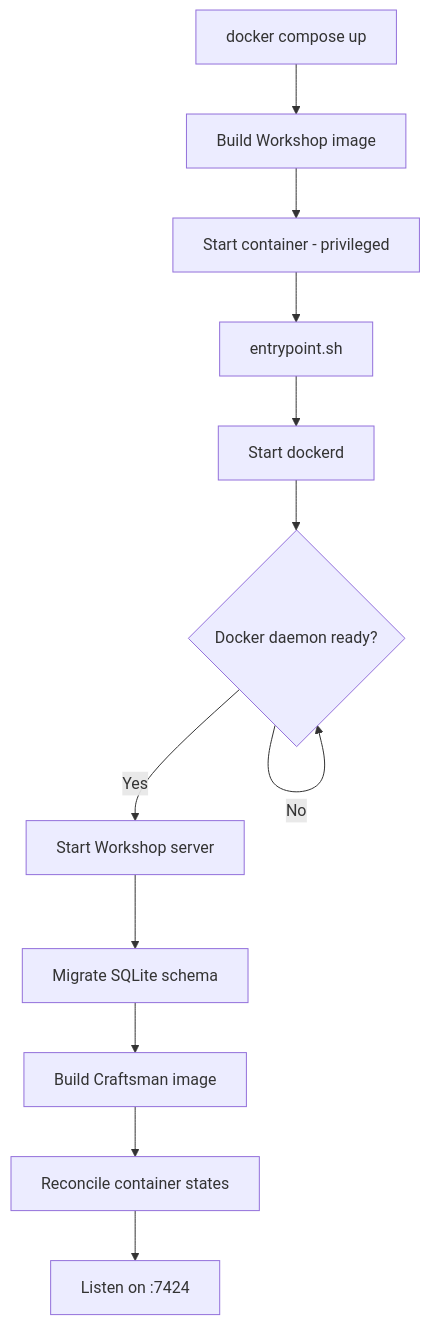
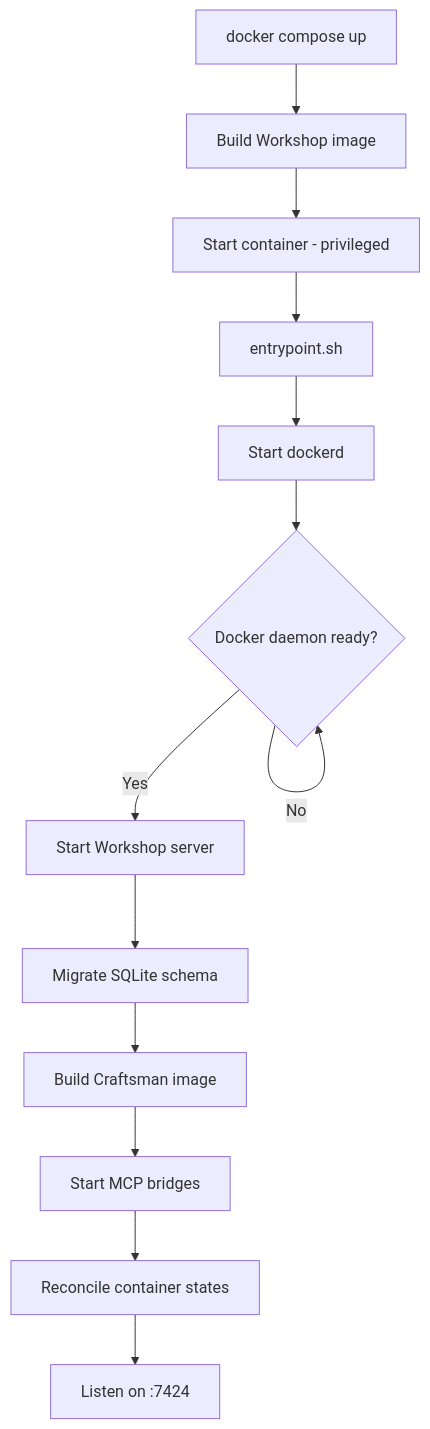
Before and after one commit to marcus-gc/workshop: the first of 2 diagrams in documentation/how_tos/craftsman_setup.md, drawn with Mermaid. The commit also changed other lines of this file and 10 other files, not shown here.

````diff
--- a/documentation/how_tos/craftsman_setup.md
+++ b/documentation/how_tos/craftsman_setup.md
@@ -36,20 +36,22 @@
 ```mermaid
 flowchart TD
   A[docker compose up] --> B[Build Workshop image]
   B --> C[Start container - privileged]
   C --> D[entrypoint.sh]
   D --> E[Start dockerd]
   E --> F{Docker daemon ready?}
   F -->|No| F
   F -->|Yes| G[Start Workshop server]
   G --> H[Migrate SQLite schema]
   H --> I[Build Craftsman image]
-  I --> J[Reconcile container states]
-  J --> K[Listen on :7424]
+  I --> J[Start MCP bridges]
+  J --> K[Reconcile container states]
+  K --> L[Listen on :7424]
 
   click D href "#" "server/entrypoint.sh"
-  click G href "#" "server/src/index.ts:10-31"
-  click H href "#" "server/src/db/schema.ts:3-31"
-  click I href "#" "server/src/services/docker.ts:36-69"
-  click J href "#" "server/src/services/docker.ts:294-315"
+  click G href "#" "server/src/index.ts:11-28"
+  click H href "#" "server/src/db/schema.ts:3-37"
+  click I href "#" "server/src/services/docker.ts:50-83"
+  click J href "#" "server/src/services/mcp-bridge.ts:186-195"
+  click K href "#" "server/src/services/docker.ts:501-522"
 ```
````
